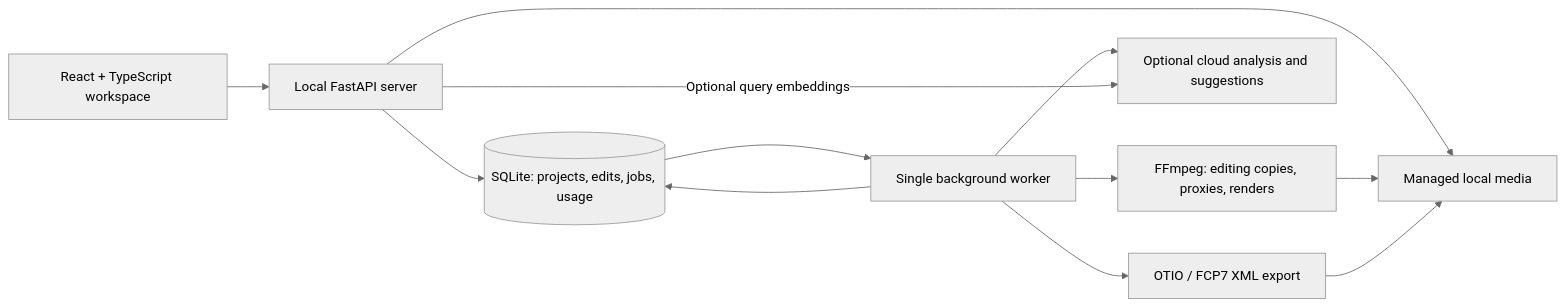
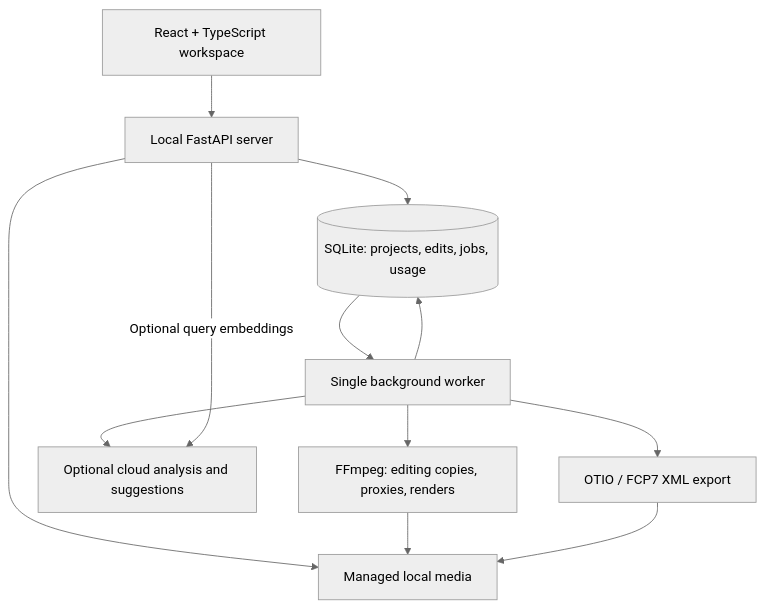
Before and after one commit to Humza1423/storyroom: the diagram in README.md, drawn with Mermaid (neutral theme). The commit also changed other lines of this file, not shown here.

````diff
--- a/README.md
+++ b/README.md
@@ -101,14 +119,14 @@
 ```mermaid
-flowchart LR
+flowchart TD
     UI[React + TypeScript workspace] --> API[Local FastAPI server]
     API --> DB[(SQLite: projects, edits, jobs, usage)]
     API --> Media[Managed local media]
     DB --> Worker[Single background worker]
     Worker --> FFmpeg[FFmpeg: editing copies, proxies, renders]
     Worker --> AI[Optional cloud analysis and suggestions]
     API -->|Optional query embeddings| AI
     Worker --> Export[OTIO / FCP7 XML export]
     FFmpeg --> Media
     Export --> Media
     Worker --> DB
 ```
````
